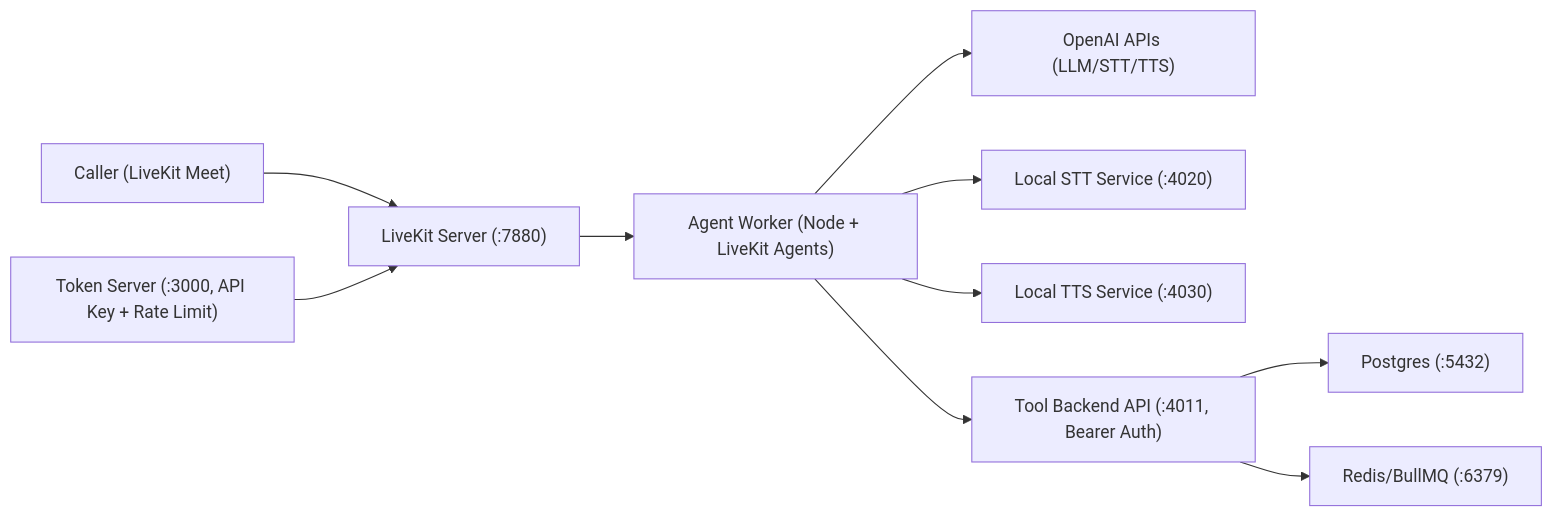
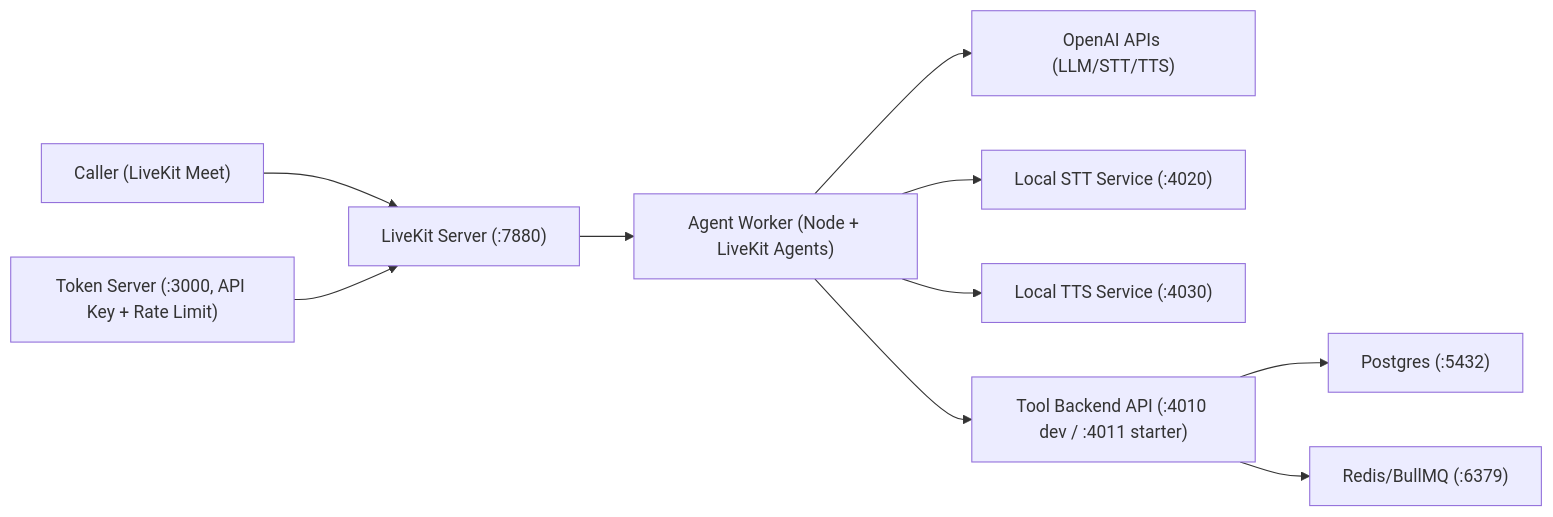
The first of 2 diagrams in docs/ARCHITECTURE.md (birlianil/voiceagentlive-openai), drawn with Mermaid before and after one commit. The commit also changed 7 other files, not shown here.

````diff
--- a/docs/ARCHITECTURE.md
+++ b/docs/ARCHITECTURE.md
@@ -13,12 +13,12 @@
 ```mermaid
 flowchart LR
   caller["Caller (LiveKit Meet)"] --> livekit["LiveKit Server (:7880)"]
   token["Token Server (:3000, API Key + Rate Limit)"] --> livekit
   livekit --> worker["Agent Worker (Node + LiveKit Agents)"]
   worker --> openai["OpenAI APIs (LLM/STT/TTS)"]
   worker --> stt["Local STT Service (:4020)"]
   worker --> tts["Local TTS Service (:4030)"]
-  worker --> db["Tool Backend API (:4011, Bearer Auth)"]
+  worker --> db["Tool Backend API (:4010 dev / :4011 starter)"]
   db --> pg["Postgres (:5432)"]
   db --> redis["Redis/BullMQ (:6379)"]
 ```
````
